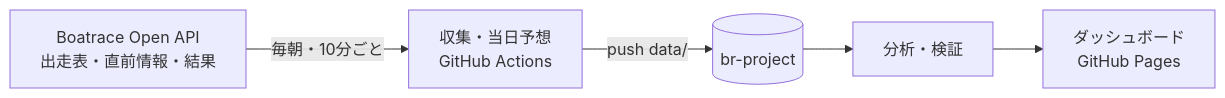
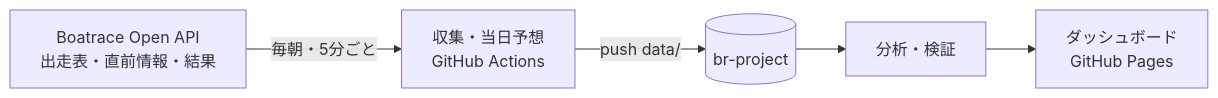
Before and after one commit to momokuomomo-crypto/br-project: the diagram in README.md, drawn with Mermaid. The commit also changed 10 other files, not shown here.

````diff
--- a/README.md
+++ b/README.md
@@ -12,7 +12,7 @@
 ```mermaid
 flowchart LR
-  API[Boatrace Open API<br>出走表・直前情報・結果] -->|毎朝・10分ごと| Collect[収集・当日予想<br>GitHub Actions]
+  API[Boatrace Open API<br>出走表・直前情報・結果] -->|毎朝・5分ごと| Collect[収集・当日予想<br>GitHub Actions]
   Collect -->|push data/| Repo[(br-project)]
   Repo --> Analyze[分析・検証]
   Analyze --> Pages[ダッシュボード<br>GitHub Pages]
 ```
````
